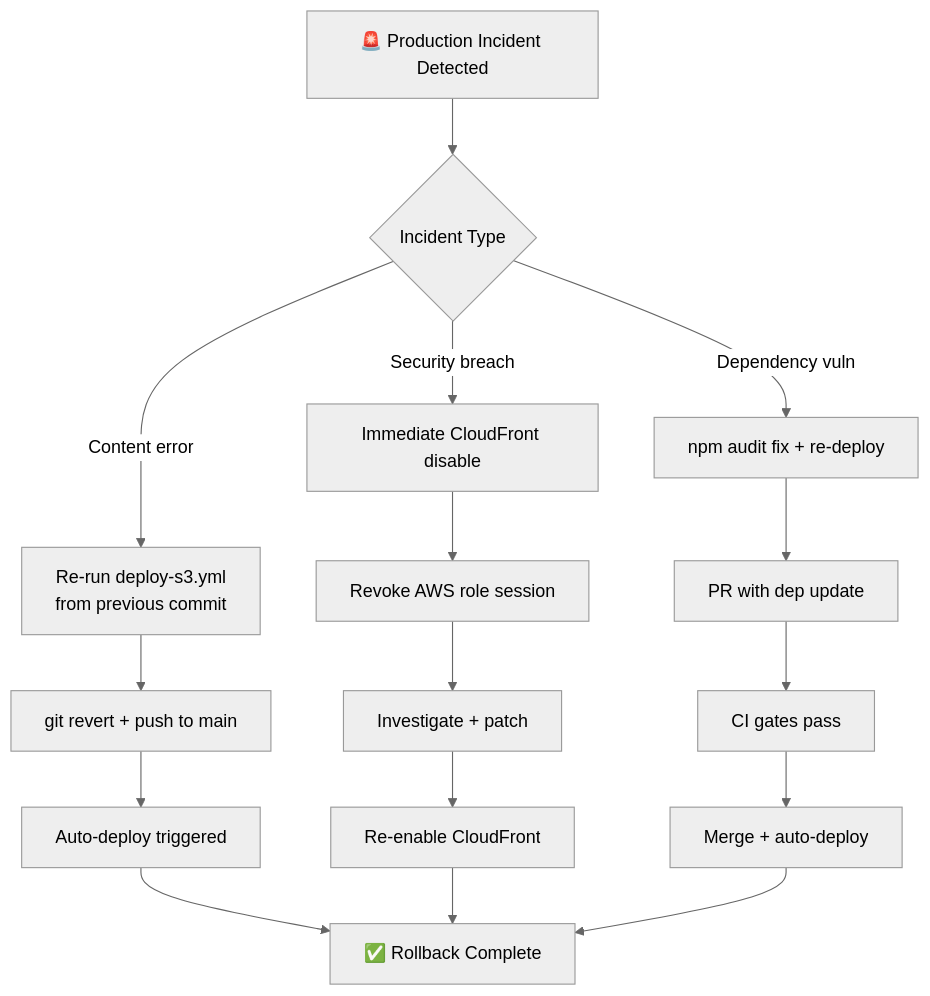
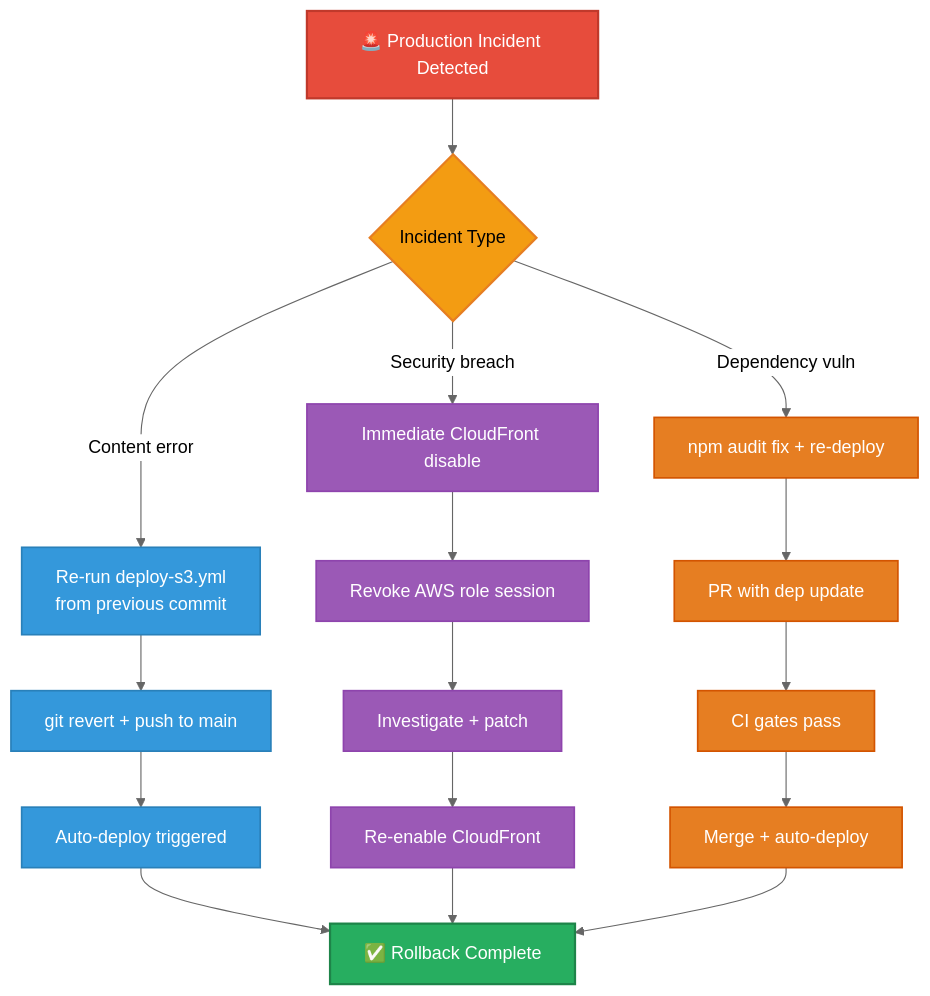
Before and after one commit to Hack23/euparliamentmonitor: diagram 15 of 16 in docs/api/media/WORKFLOWS.md, drawn with Mermaid (neutral theme). The commit also changed other lines of this file and 1053 other files, not shown here.

````diff
--- a/docs/api/media/WORKFLOWS.md
+++ b/docs/api/media/WORKFLOWS.md
@@ -1080,18 +1390,32 @@
 ```mermaid
 graph TD
     A[🚨 Production Incident Detected] --> B{Incident Type}
     B -->|Content error| C[Re-run deploy-s3.yml<br/>from previous commit]
     B -->|Security breach| D[Immediate CloudFront disable]
     B -->|Dependency vuln| E[npm audit fix + re-deploy]
     C --> F[git revert + push to main]
     F --> G[Auto-deploy triggered]
     D --> H[Revoke AWS role session]
     H --> I[Investigate + patch]
     I --> J[Re-enable CloudFront]
     E --> K[PR with dep update]
     K --> L[CI gates pass]
     L --> M[Merge + auto-deploy]
     G --> N[✅ Rollback Complete]
     J --> N
     M --> N
+
+    classDef alert fill:#e74c3c,stroke:#c0392b,stroke-width:2px,color:white
+    classDef decision fill:#f39c12,stroke:#e67e22,stroke-width:2px,color:black
+    classDef content fill:#3498db,stroke:#2980b9,stroke-width:1.5px,color:white
+    classDef security fill:#9b59b6,stroke:#8e44ad,stroke-width:1.5px,color:white
+    classDef dependency fill:#e67e22,stroke:#d35400,stroke-width:1.5px,color:white
+    classDef complete fill:#27ae60,stroke:#1e8449,stroke-width:2px,color:white
+
+    class A alert
+    class B decision
+    class C,F,G content
+    class D,H,I,J security
+    class E,K,L,M dependency
+    class N complete
 ```
````
